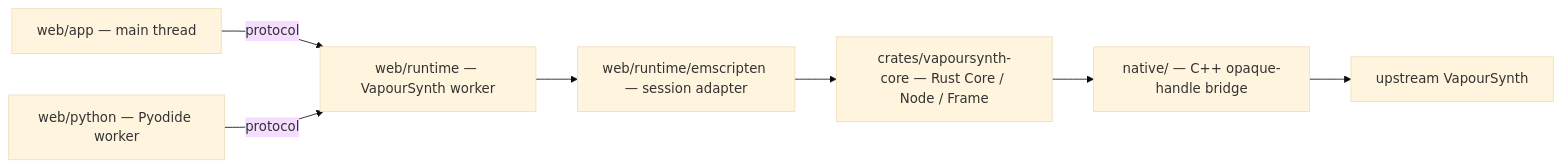
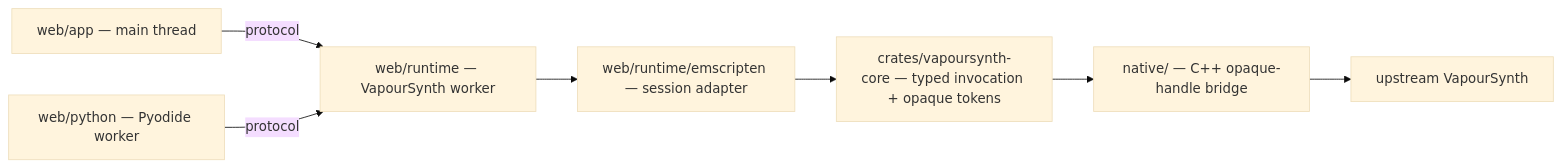
One commit to PlaneSight/vapoursynth-rust-webassembly changed the diagram in README.md. Above: the diagram before and after it, drawn with Mermaid (base theme). The commit also changed other lines of this file and 77 other files, not shown here.

````diff
--- a/README.md
+++ b/README.md
@@ -25,9 +34,9 @@
 ```mermaid
 flowchart LR
     App["web/app — main thread"] -->|protocol| W["web/runtime — VapourSynth worker"]
     P["web/python — Pyodide worker"] -->|protocol| W
     W --> E["web/runtime/emscripten — session adapter"]
-    E --> R["crates/vapoursynth-core — Rust Core / Node / Frame"]
+    E --> R["crates/vapoursynth-core — typed invocation + opaque tokens"]
     R --> C["native/ — C++ opaque-handle bridge"]
     C --> VS["upstream VapourSynth"]
 ```
````
